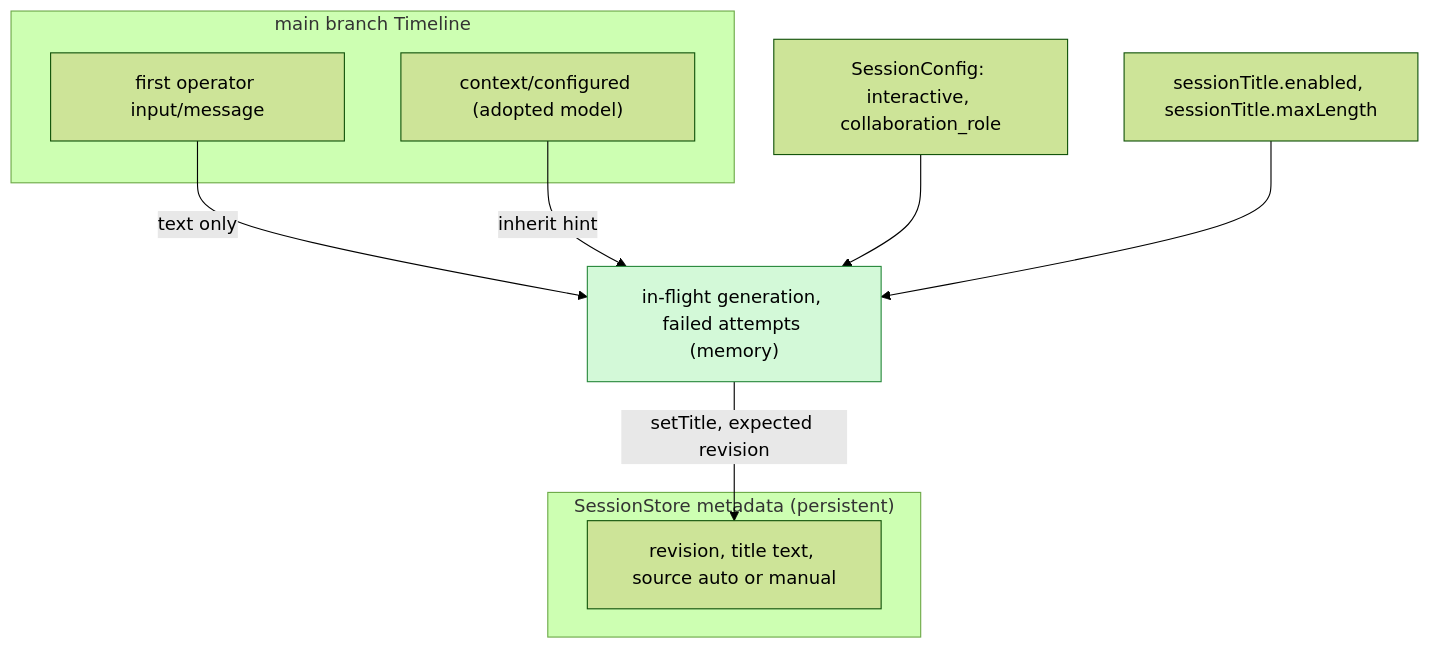
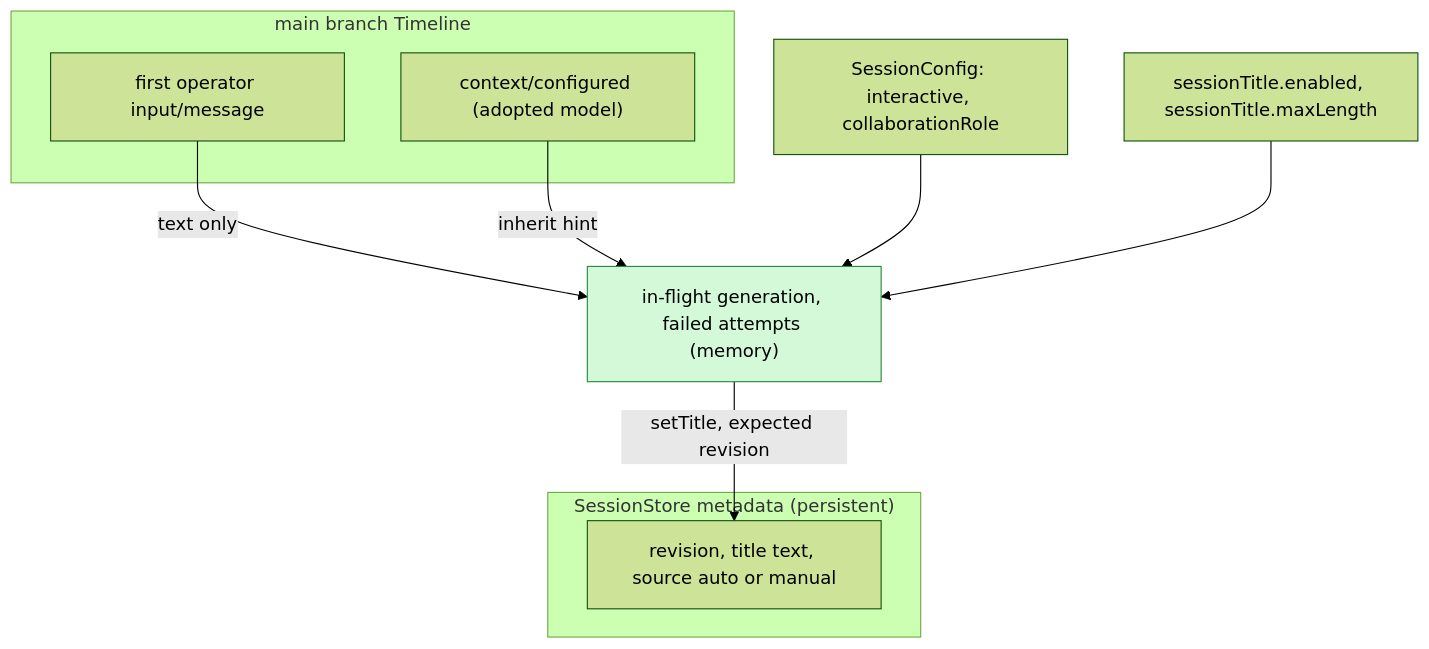
Before and after one commit to CoutinhoTTS/dim-agent: the second of 5 diagrams in docs/design/plugins/SessionTitle.md, drawn with Mermaid (forest theme). The commit also changed other lines of this file and 12 other files, not shown here.

````diff
--- a/docs/design/plugins/SessionTitle.md
+++ b/docs/design/plugins/SessionTitle.md
@@ -42,19 +42,19 @@
 ```mermaid
 flowchart TB
   subgraph TLM["main branch Timeline"]
     FUI["first operator input/message"]
     CC["context/configured (adopted model)"]
   end
   subgraph STORE["SessionStore metadata (persistent)"]
     MD["revision, title text, source auto or manual"]
   end
-  CONF["SessionConfig: interactive, collaboration_role"]
+  CONF["SessionConfig: interactive, collaborationRole"]
   CFG["sessionTitle.enabled, sessionTitle.maxLength"]
   MEM["in-flight generation, failed attempts (memory)"]:::new
   FUI -->|"text only"| MEM
   CC -->|"inherit hint"| MEM
   CONF --> MEM
   CFG --> MEM
   MEM -->|"setTitle, expected revision"| MD
   classDef new fill:#d3f9d8,stroke:#2b8a3e,color:#000
 ```
````
